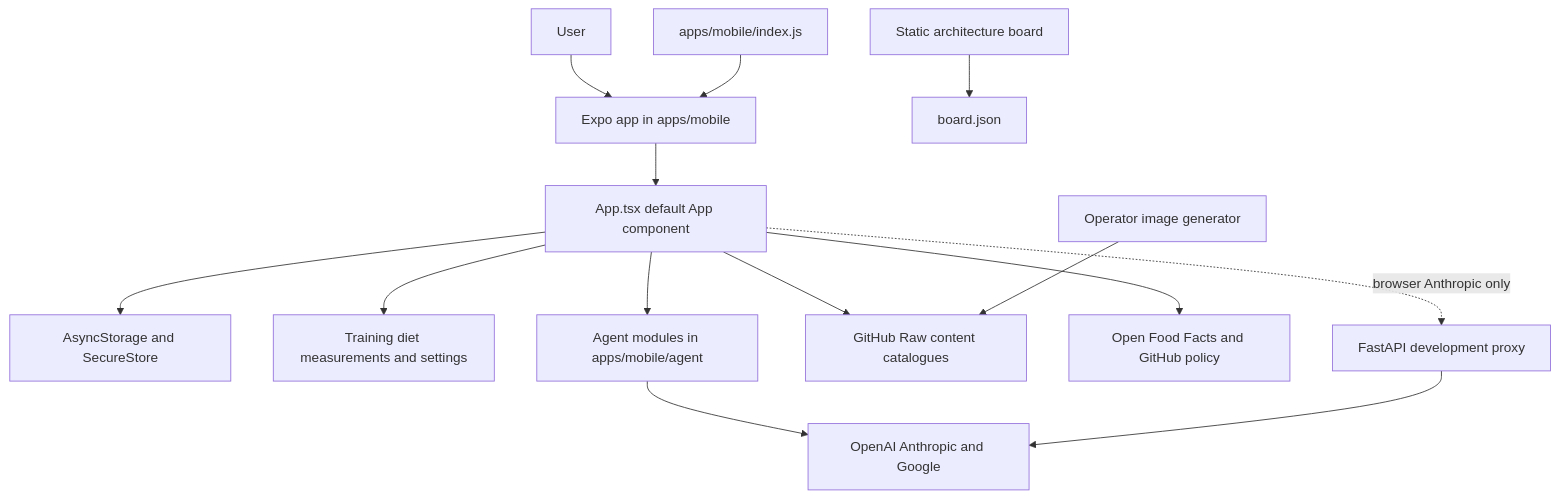
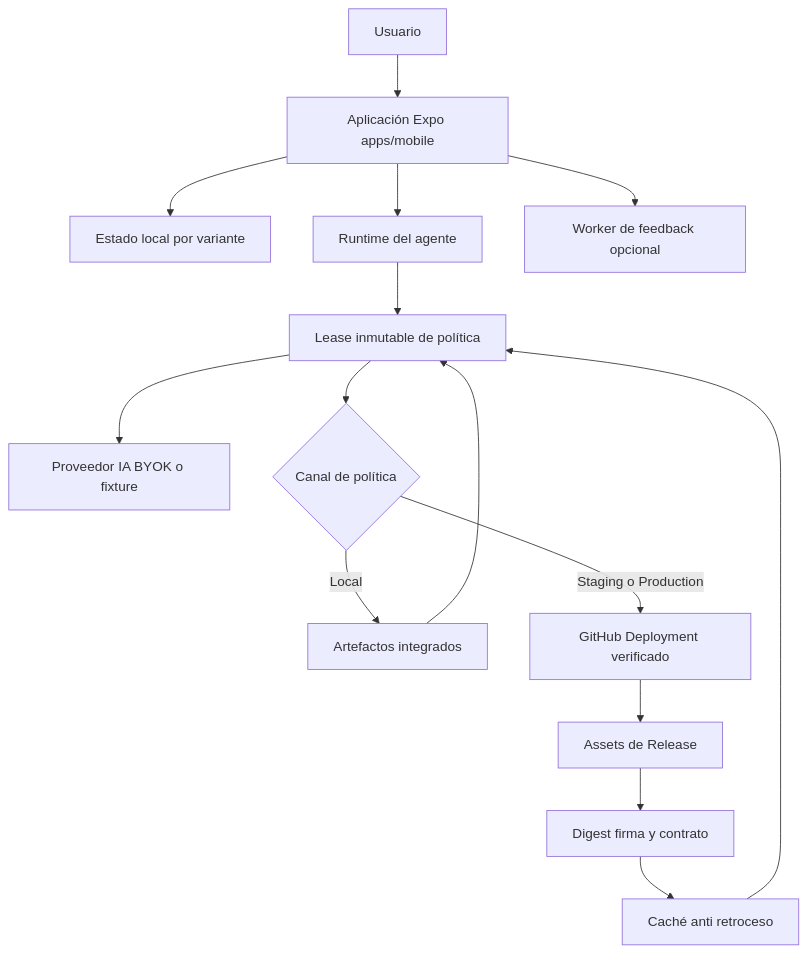
The first of 2 diagrams in openwiki/quickstart.md (maximofn/gymnasia), drawn with Mermaid before and after one commit. The commit also changed other lines of this file and 24 other files, not shown here.

````diff
--- a/openwiki/quickstart.md
+++ b/openwiki/quickstart.md
@@ -63,16 +77,17 @@
 ```mermaid
 flowchart TD
-    User["User"] --> Expo["Expo app in apps/mobile"]
-    Entry["apps/mobile/index.js"] --> Expo
-    Expo --> App["App.tsx default App component"]
-    App --> Local["AsyncStorage and SecureStore"]
-    App --> Domains["Training diet measurements and settings"]
-    App --> Agent["Agent modules in apps/mobile/agent"]
-    App --> Catalogues["GitHub Raw content catalogues"]
-    Agent --> Providers["OpenAI Anthropic and Google"]
-    App --> External["Open Food Facts and GitHub policy"]
-    App -. "browser Anthropic only" .-> Proxy["FastAPI development proxy"]
-    Proxy --> Providers
-    Board["Static architecture board"] --> BoardData["board.json"]
-    Generator["Operator image generator"] --> Catalogues
+    User["Usuario"] --> App["Aplicación Expo apps/mobile"]
+    App --> Local["Estado local por variante"]
+    App --> Agent["Runtime del agente"]
+    Agent --> Lease["Lease inmutable de política"]
+    Lease --> Provider["Proveedor IA BYOK o fixture"]
+    App --> Feedback["Worker de feedback opcional"]
+    Lease --> Channel{"Canal de política"}
+    Channel -->|Local| Builtin["Artefactos integrados"]
+    Channel -->|Staging o Production| Deployment["GitHub Deployment verificado"]
+    Deployment --> Release["Assets de Release"]
+    Release --> Verify["Digest firma y contrato"]
+    Verify --> Cache["Caché anti retroceso"]
+    Builtin --> Lease
+    Cache --> Lease
 ```
````
